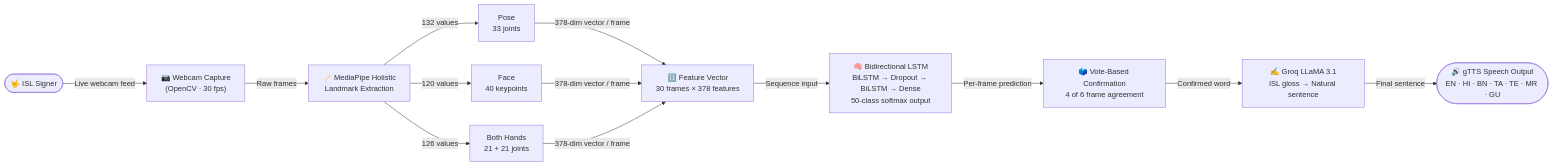
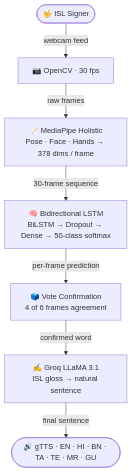
Before and after one commit to architinit/Real-Time-Indic-Sign-Language-to-Speech-Translator: the diagram in README.md, drawn with Mermaid.

````diff
--- a/README.md
+++ b/README.md
@@ -23,13 +23,9 @@
 ```mermaid
-graph LR
-    A(["🤟 ISL Signer"]) -->|Live webcam feed| B["📷 Webcam Capture<br/>(OpenCV · 30 fps)"]
-    B -->|Raw frames| C["🦴 MediaPipe Holistic<br/>Landmark Extraction"]
-    C -->|132 values| D1["Pose<br/>33 joints"]
-    C -->|120 values| D2["Face<br/>40 keypoints"]
-    C -->|126 values| D3["Both Hands<br/>21 + 21 joints"]
-    D1 & D2 & D3 -->|378-dim vector / frame| E["🔢 Feature Vector<br/>30 frames × 378 features"]
-    E -->|Sequence input| F["🧠 Bidirectional LSTM<br/>BiLSTM → Dropout → BiLSTM → Dense<br/>50-class softmax output"]
-    F -->|Per-frame prediction| G["🗳️ Vote-Based Confirmation<br/>4 of 6 frame agreement"]
-    G -->|Confirmed word| H["✍️ Groq LLaMA 3.1<br/>ISL gloss → Natural sentence"]
-    H -->|Final sentence| I(["🔊 gTTS Speech Output<br/>EN · HI · BN · TA · TE · MR · GU"])
+graph TD
+    A(["🤟 ISL Signer"]) -->|webcam feed| B["📷 OpenCV · 30 fps"]
+    B -->|raw frames| C["🦴 MediaPipe Holistic<br/>Pose · Face · Hands → 378 dims / frame"]
+    C -->|30-frame sequence| D["🧠 Bidirectional LSTM<br/>BiLSTM → Dropout → Dense → 50-class softmax"]
+    D -->|per-frame prediction| E["🗳️ Vote Confirmation<br/>4 of 6 frames agreement"]
+    E -->|confirmed word| F["✍️ Groq LLaMA 3.1<br/>ISL gloss → natural sentence"]
+    F -->|final sentence| G(["🔊 gTTS · EN · HI · BN · TA · TE · MR · GU"])
 ```
````
